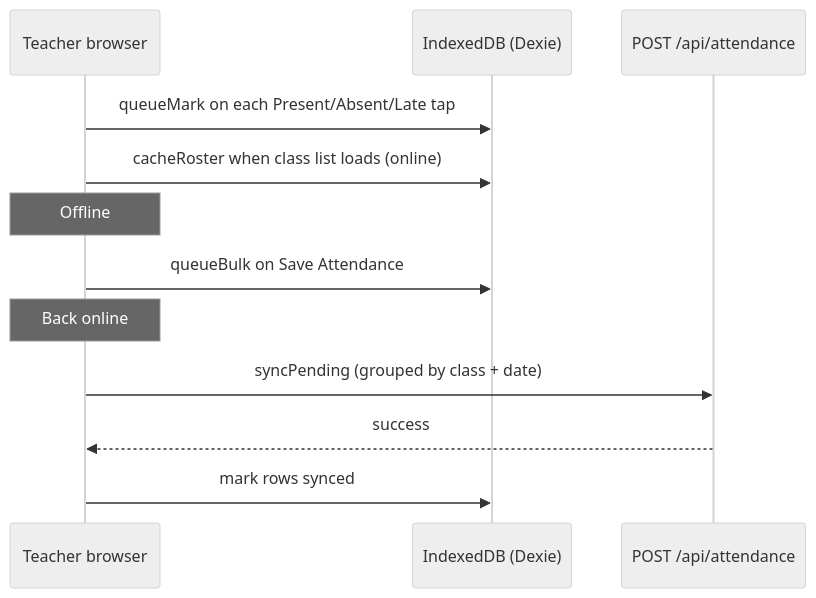
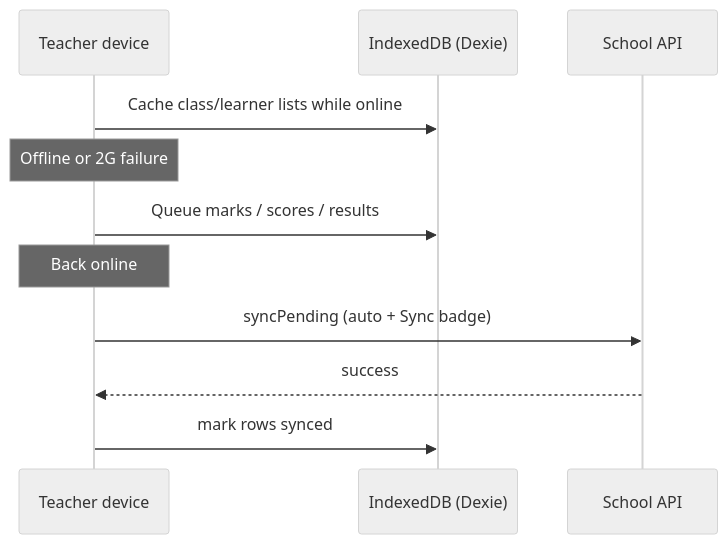
One commit to bernardzulu23/school_management_systems changed the diagram in docs/OFFLINE_GUIDE.md. Above: the diagram before and after it, drawn with Mermaid (neutral theme). The commit also changed other lines of this file and 12 other files, not shown here.

First line of the commit message:
Add offline/2G queues for teacher SBA scores and Result Entry.

````diff
--- a/docs/OFFLINE_GUIDE.md
+++ b/docs/OFFLINE_GUIDE.md
@@ -7,15 +18,14 @@
 ```mermaid
 sequenceDiagram
-  participant T as Teacher browser
+  participant T as Teacher device
   participant IDB as IndexedDB (Dexie)
-  participant API as POST /api/attendance
+  participant API as School API
 
-  T->>IDB: queueMark on each Present/Absent/Late tap
-  T->>IDB: cacheRoster when class list loads (online)
-  Note over T: Offline
-  T->>IDB: queueBulk on Save Attendance
+  T->>IDB: Cache class/learner lists while online
+  Note over T: Offline or 2G failure
+  T->>IDB: Queue marks / scores / results
   Note over T: Back online
-  T->>API: syncPending (grouped by class + date)
+  T->>API: syncPending (auto + Sync badge)
   API-->>T: success
   T->>IDB: mark rows synced
 ```
````
